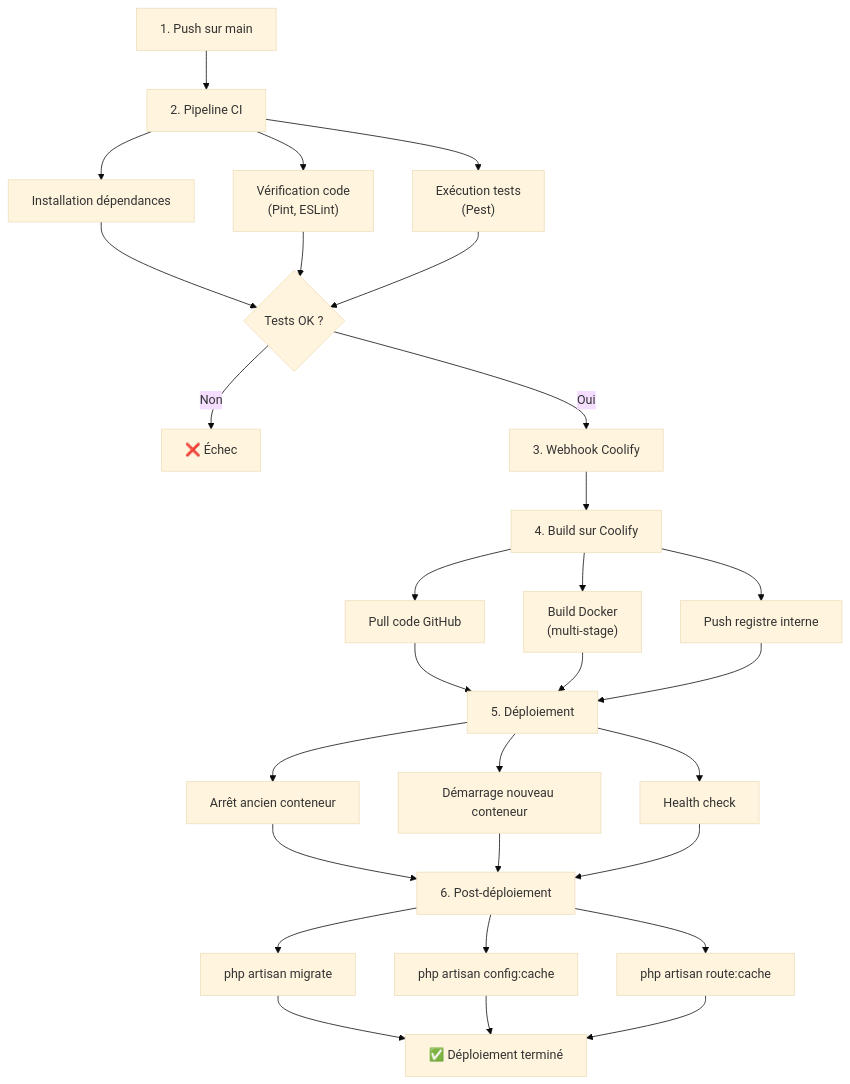
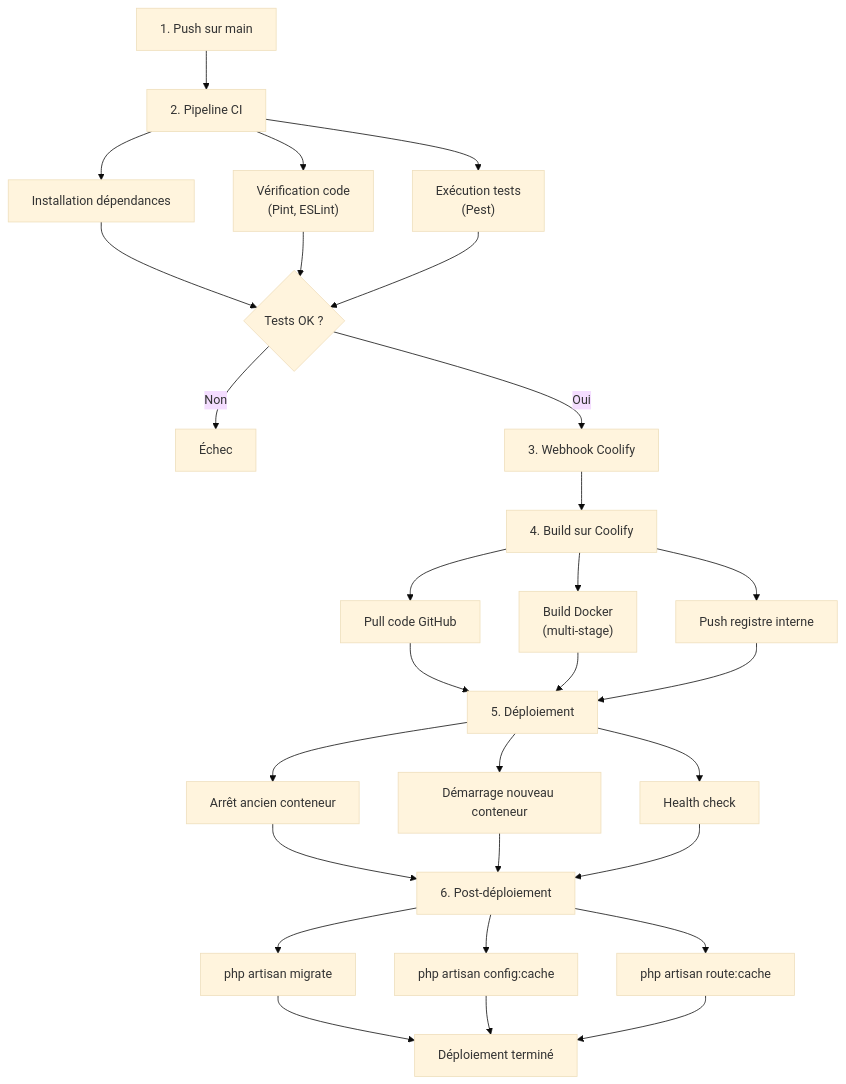
The second of 3 diagrams in report/07-ccp2-backend/04-deploiement.md (Xefreh/mine-adventure), drawn with Mermaid (base theme) before and after one commit. The commit also changed other lines of this file and 11 other files, not shown here.

````diff
--- a/report/07-ccp2-backend/04-deploiement.md
+++ b/report/07-ccp2-backend/04-deploiement.md
@@ -346,28 +346,28 @@
 ```mermaid
 flowchart TD
     A["1. Push sur main"] --> B["2. Pipeline CI"]
     B --> B1["Installation dépendances"]
     B --> B2["Vérification code<br/>(Pint, ESLint)"]
     B --> B3["Exécution tests<br/>(Pest)"]
 
     B1 & B2 & B3 --> C{"Tests OK ?"}
-    C -->|"Non"| X["❌ Échec"]
+    C -->|"Non"| X["Échec"]
     C -->|"Oui"| D["3. Webhook Coolify"]
 
     D --> E["4. Build sur Coolify"]
     E --> E1["Pull code GitHub"]
     E --> E2["Build Docker<br/>(multi-stage)"]
     E --> E3["Push registre interne"]
 
     E1 & E2 & E3 --> F["5. Déploiement"]
     F --> F1["Arrêt ancien conteneur"]
     F --> F2["Démarrage nouveau conteneur"]
     F --> F3["Health check"]
 
     F1 & F2 & F3 --> G["6. Post-déploiement"]
     G --> G1["php artisan migrate"]
     G --> G2["php artisan config:cache"]
     G --> G3["php artisan route:cache"]
 
-    G1 & G2 & G3 --> H["✅ Déploiement terminé"]
+    G1 & G2 & G3 --> H["Déploiement terminé"]
 ```
````
